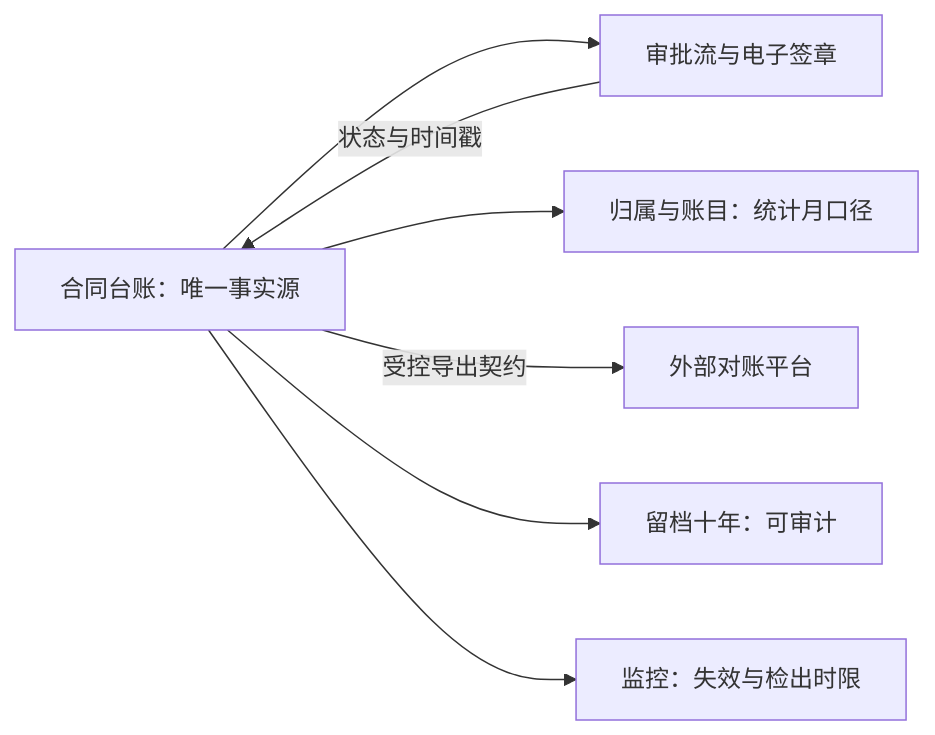
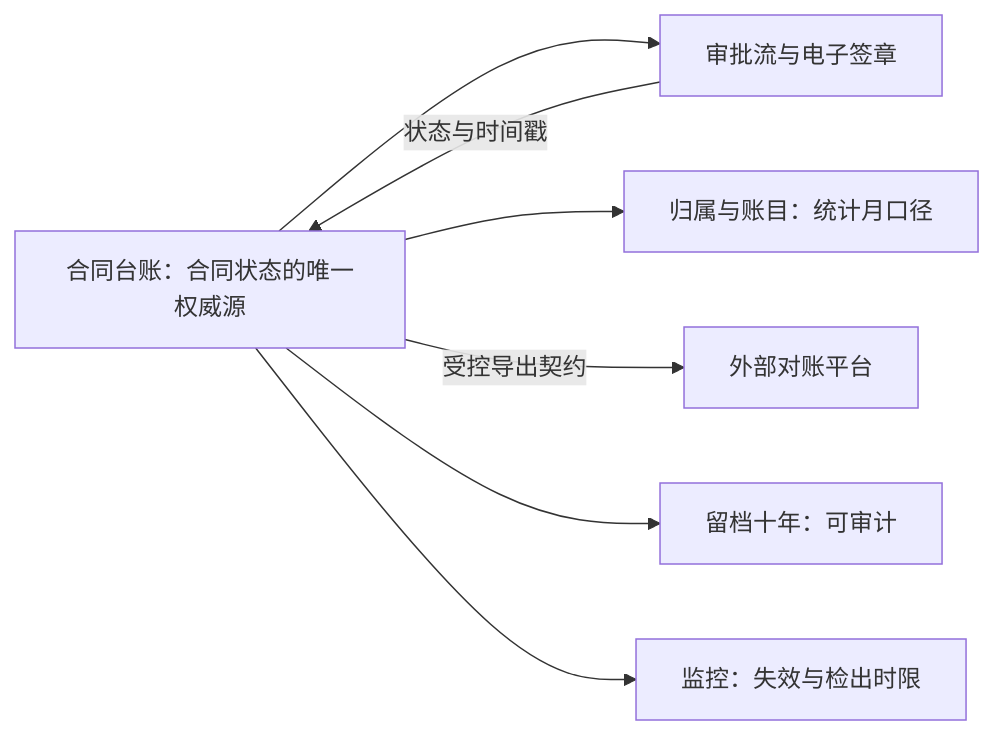
The tenth of 10 diagrams in 10-系统工程研究/00-系统工程相关研究报告/37-架构视图口径研究报告-从三词定位到七类视图与三张清单并附HUD·EOS·冷链·合同审批四套示例.md (Yongjunzhou/business-Engineering), drawn with Mermaid before and after one commit. The commit also changed other lines of this file and 31 other files, not shown here.

````diff
--- a/10-系统工程研究/00-系统工程相关研究报告/37-架构视图口径研究报告-从三词定位到七类视图与三张清单并附HUD·EOS·冷链·合同审批四套示例.md
+++ b/10-系统工程研究/00-系统工程相关研究报告/37-架构视图口径研究报告-从三词定位到七类视图与三张清单并附HUD·EOS·冷链·合同审批四套示例.md
@@ -1861,9 +2115,9 @@
 ```mermaid
 flowchart LR
-  LEDGER["合同台账：唯一事实源"] --> APPROVAL["审批流与电子签章"]
+  LEDGER["合同台账：合同状态的唯一权威源"] --> APPROVAL["审批流与电子签章"]
   APPROVAL -->|状态与时间戳| LEDGER
   LEDGER --> OWNER["归属与账目：统计月口径"]
   LEDGER -->|受控导出契约| EXT["外部对账平台"]
   LEDGER --> ARCH["留档十年：可审计"]
   LEDGER --> MON["监控：失效与检出时限"]
 ```
````
